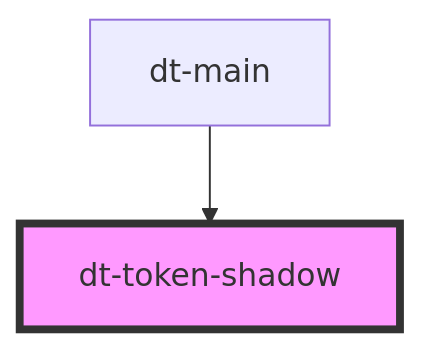
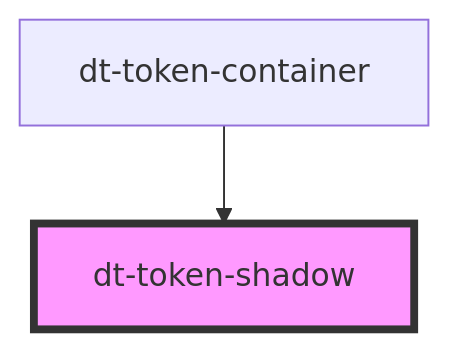
The diagram in src/components/token-shadow/readme.md (genexuslabs/design-tokens-editor), drawn with Mermaid before and after one commit. The commit also changed other lines of this file and 33 other files, not shown here.

Commit message:
finish token-container code

````diff
--- a/src/components/token-shadow/readme.md
+++ b/src/components/token-shadow/readme.md
@@ -22,5 +22,5 @@
 ```mermaid
 graph TD;
-  dt-main --> dt-token-shadow
+  dt-token-container --> dt-token-shadow
   style dt-token-shadow fill:#f9f,stroke:#333,stroke-width:4px
 ```
````
